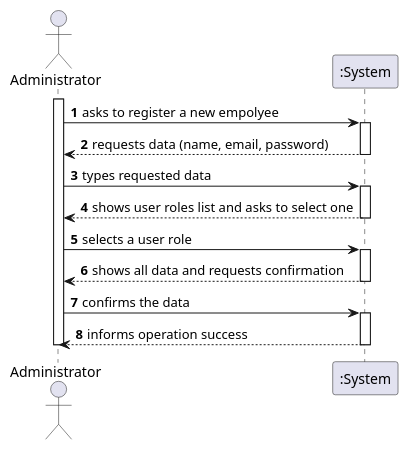
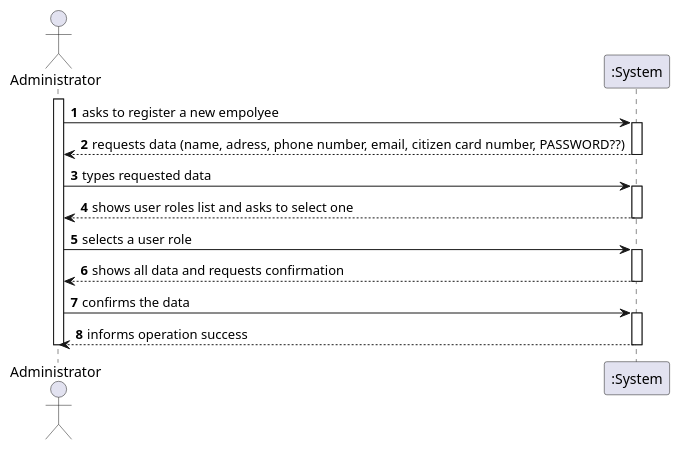
One commit to miseEnPlace-i/lapr2 changed the diagram in docs/SprintB/US10/SSD/US10_SSD.puml. Above: the diagram before and after it, drawn with PlantUML.

Commit message:
docs(us-10): updated sd

```diff
--- a/docs/SprintB/US10/SSD/US10_SSD.puml
+++ b/docs/SprintB/US10/SSD/US10_SSD.puml
@@ -1,28 +1,28 @@
 @startuml US10_SSD
 autonumber
 actor "Administrator" as admin
 
 activate admin
 admin -> ":System" : asks to register a new empolyee
 activate ":System"
-":System" --> admin : requests data (name, email, password)
+":System" --> admin : requests data (name, adress, phone number, email, citizen card number, PASSWORD??)
 deactivate ":System"
 
 admin -> ":System" : types requested data
 activate ":System"
 ":System" --> admin : shows user roles list and asks to select one
 deactivate ":System"
 
 admin -> ":System" : selects a user role
 activate ":System"
 ":System" --> admin : shows all data and requests confirmation
 deactivate ":System"
 
 admin -> ":System" : confirms the data
 activate ":System"
 ":System" --> admin : informs operation success
 deactivate ":System"
 
 deactivate admin
 
 @enduml
```
